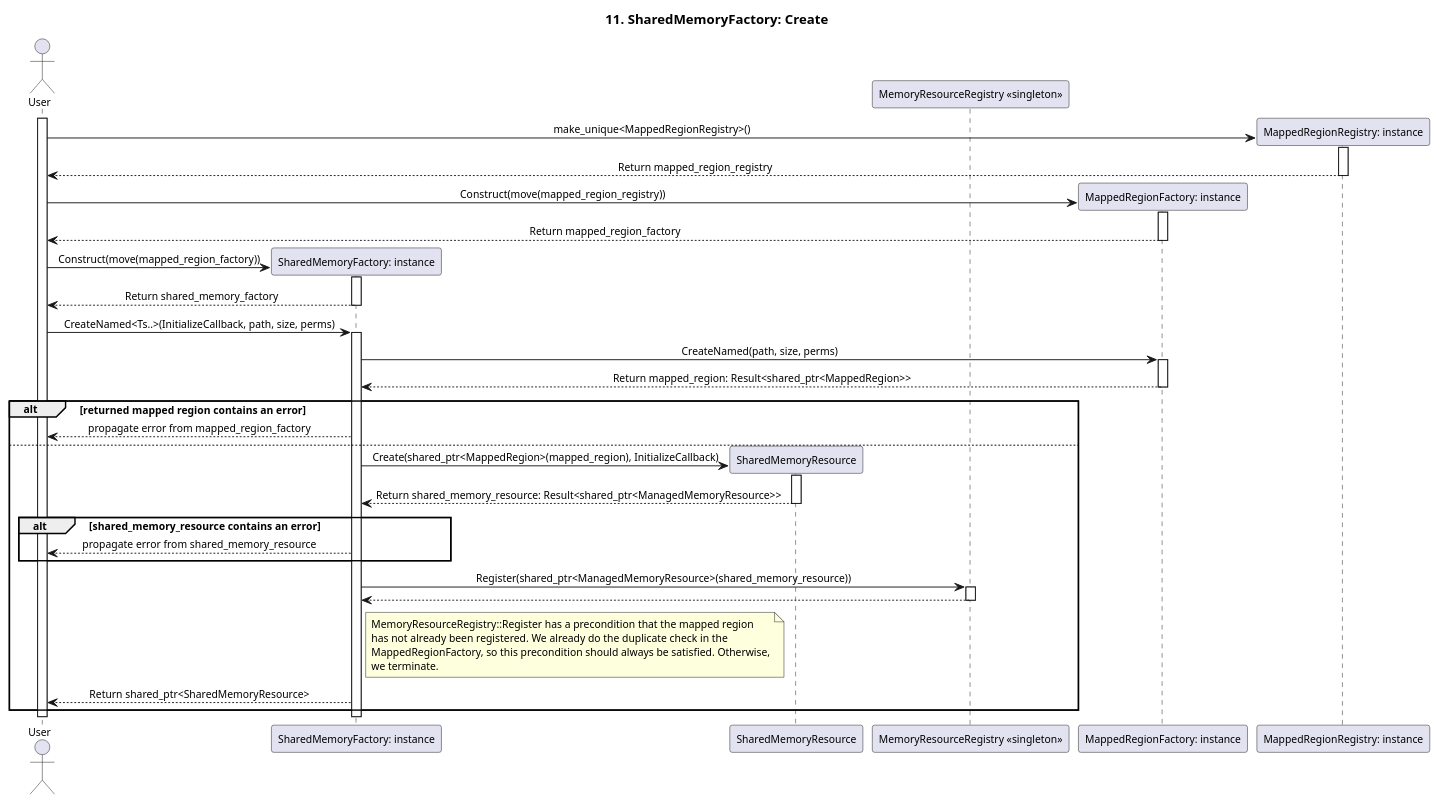
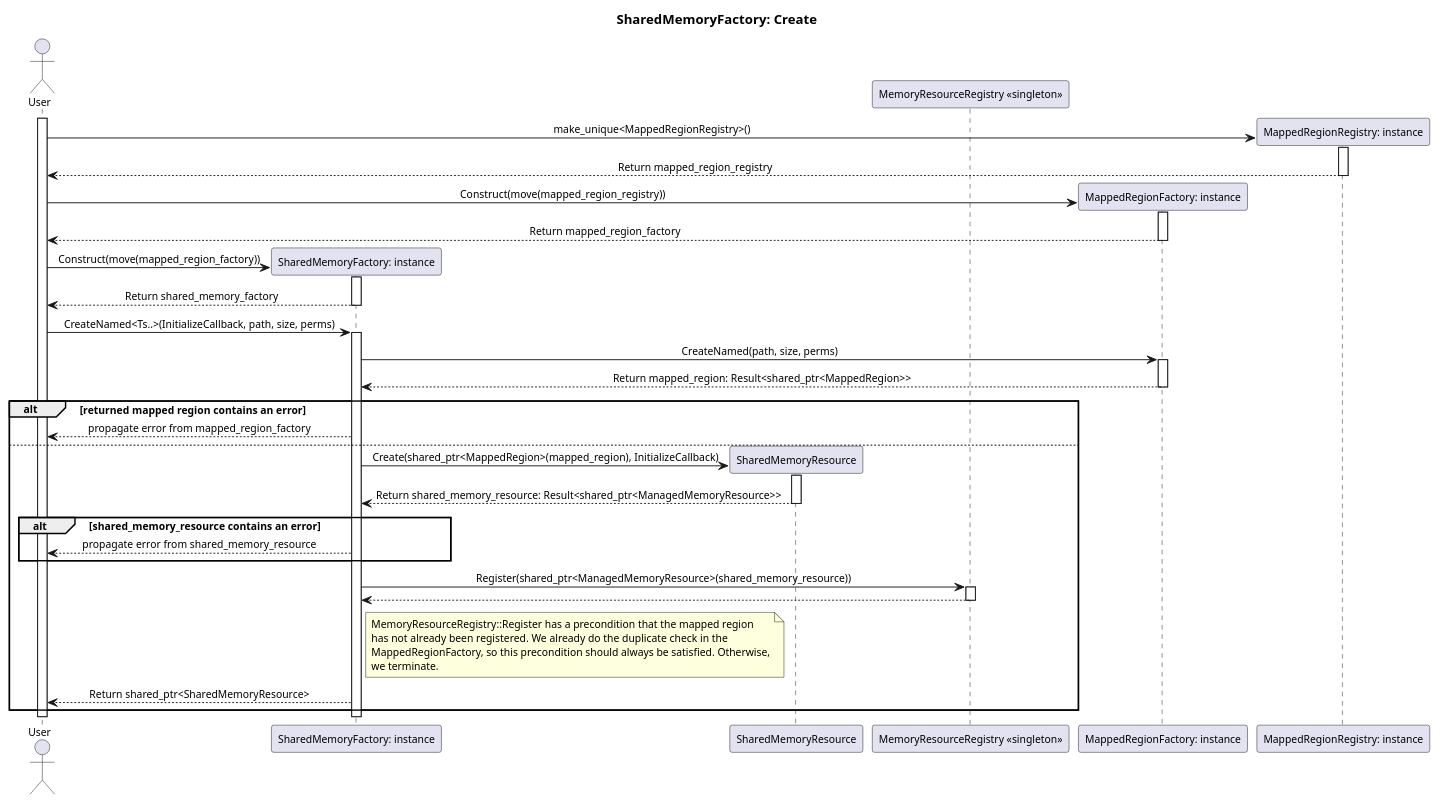
One commit to eclipse-score/communication changed the diagram in score/memory/shared/design/redesign_proposal/assets/seq_16_shared_memory_resource_factory_open_resource.puml. Above: the diagram before and after it, drawn with PlantUML. The commit also changed 32 other files, not shown here.

Commit message:
Adapt sequences, class diagram and extended README.md

```diff
--- a/score/memory/shared/design/redesign_proposal/assets/seq_16_shared_memory_resource_factory_open_resource.puml
+++ b/score/memory/shared/design/redesign_proposal/assets/seq_16_shared_memory_resource_factory_open_resource.puml
@@ -1,82 +1,82 @@
 @startuml seq_11_shared_memory_resource_factory_create
-title 11. SharedMemoryFactory: Create
+title SharedMemoryFactory: Create
 skinparam defaultFontSize 11
 skinparam sequenceMessageAlign center
 
 actor "User" as User
 participant "SharedMemoryFactory: instance" as shared_memory_factory
 participant "SharedMemoryResource" as shared_memory_resource
 participant "MemoryResourceRegistry <<singleton>>" as memory_resource_registry
 participant "MappedRegionFactory: instance" as mapped_region_factory
 participant "MappedRegionRegistry: instance" as mapped_region_registry
 ' participant "MappedRegionRegistry: memory_region_registry" as memory_region_registry
 ' participant "IMappedRegionRegistry" as i_memory_region_registry
 ' participant "TypedNamedMappedRegion" as mapped_region
 ' participant "OS" as os
 
 activate User
 
 Create mapped_region_registry
 User -> mapped_region_registry : make_unique<MappedRegionRegistry>()
 activate mapped_region_registry
 
 mapped_region_registry --> User : Return mapped_region_registry
 deactivate mapped_region_registry
 
 Create mapped_region_factory
 User -> mapped_region_factory : Construct(move(mapped_region_registry))
 activate mapped_region_factory
 
 mapped_region_factory --> User : Return mapped_region_factory
 deactivate mapped_region_factory
 
 Create shared_memory_factory
 User -> shared_memory_factory : Construct(move(mapped_region_factory))
 activate shared_memory_factory
 
 shared_memory_factory --> User : Return shared_memory_factory
 deactivate shared_memory_factory
 
 User -> shared_memory_factory : CreateNamed<Ts..>(InitializeCallback, path, size, perms)
 activate shared_memory_factory
 
 shared_memory_factory -> mapped_region_factory : CreateNamed(path, size, perms)
 activate mapped_region_factory
 
 mapped_region_factory --> shared_memory_factory : Return mapped_region: Result<shared_ptr<MappedRegion>>
 deactivate mapped_region_factory
 
 alt returned mapped region contains an error
     shared_memory_factory --> User : propagate error from mapped_region_factory
 else
     Create shared_memory_resource
     shared_memory_factory -> shared_memory_resource : Create(shared_ptr<MappedRegion>(mapped_region), InitializeCallback)
     activate shared_memory_resource
 
     shared_memory_resource --> shared_memory_factory : Return shared_memory_resource: Result<shared_ptr<ManagedMemoryResource>>
     deactivate shared_memory_resource
 
     alt shared_memory_resource contains an error
         shared_memory_factory --> User : propagate error from shared_memory_resource
     end
 
     shared_memory_factory -> memory_resource_registry : Register(shared_ptr<ManagedMemoryResource>(shared_memory_resource))
     activate memory_resource_registry
 
     memory_resource_registry --> shared_memory_factory
     deactivate memory_resource_registry
 
     note right of shared_memory_factory
         MemoryResourceRegistry::Register has a precondition that the mapped region 
         has not already been registered. We already do the duplicate check in the 
         MappedRegionFactory, so this precondition should always be satisfied. Otherwise,
         we terminate.
     end note
 
     shared_memory_factory --> User : Return shared_ptr<SharedMemoryResource>
 end
 
 deactivate shared_memory_factory
 deactivate User
 
 @enduml
```
